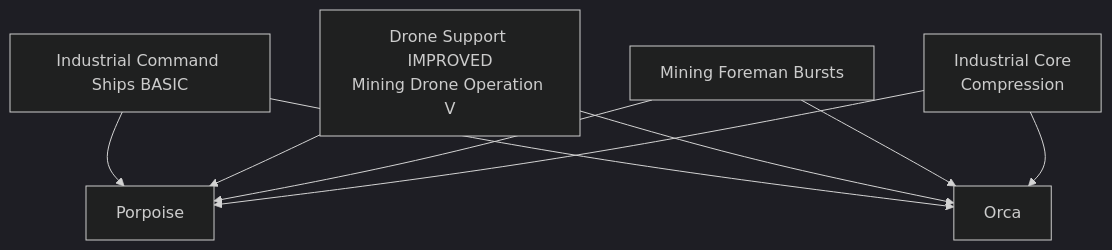
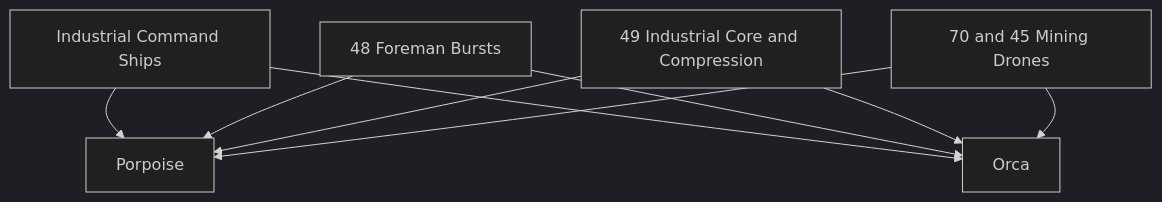
Before and after one commit to Blizbor/EvE-Modular-Skillplans: the diagram in training-paths/mining-command/DIAGRAM-EN.md, drawn with Mermaid (dark theme). The commit also changed 132 other files, not shown here.

````diff
--- a/training-paths/mining-command/DIAGRAM-EN.md
+++ b/training-paths/mining-command/DIAGRAM-EN.md
@@ -5,18 +5,18 @@
 ```mermaid
 flowchart TD
-    H[Industrial Command Ships BASIC]
-    P[Porpoise]
-    O[Orca]
-    D[Drone Support IMPROVED<br/>Mining Drone Operation V]
-    B[Mining Foreman Bursts]
-    C[Industrial Core<br/>Compression]
+    H["Industrial Command Ships"]
+    P["Porpoise"]
+    O["Orca"]
+    B["48 Foreman Bursts"]
+    C["49 Industrial Core and Compression"]
+    D["70 and 45 Mining Drones"]
 
     H --> P
     H --> O
-    D --> P
-    D --> O
     B --> P
     B --> O
     C --> P
     C --> O
+    D --> P
+    D --> O
 ```
````
